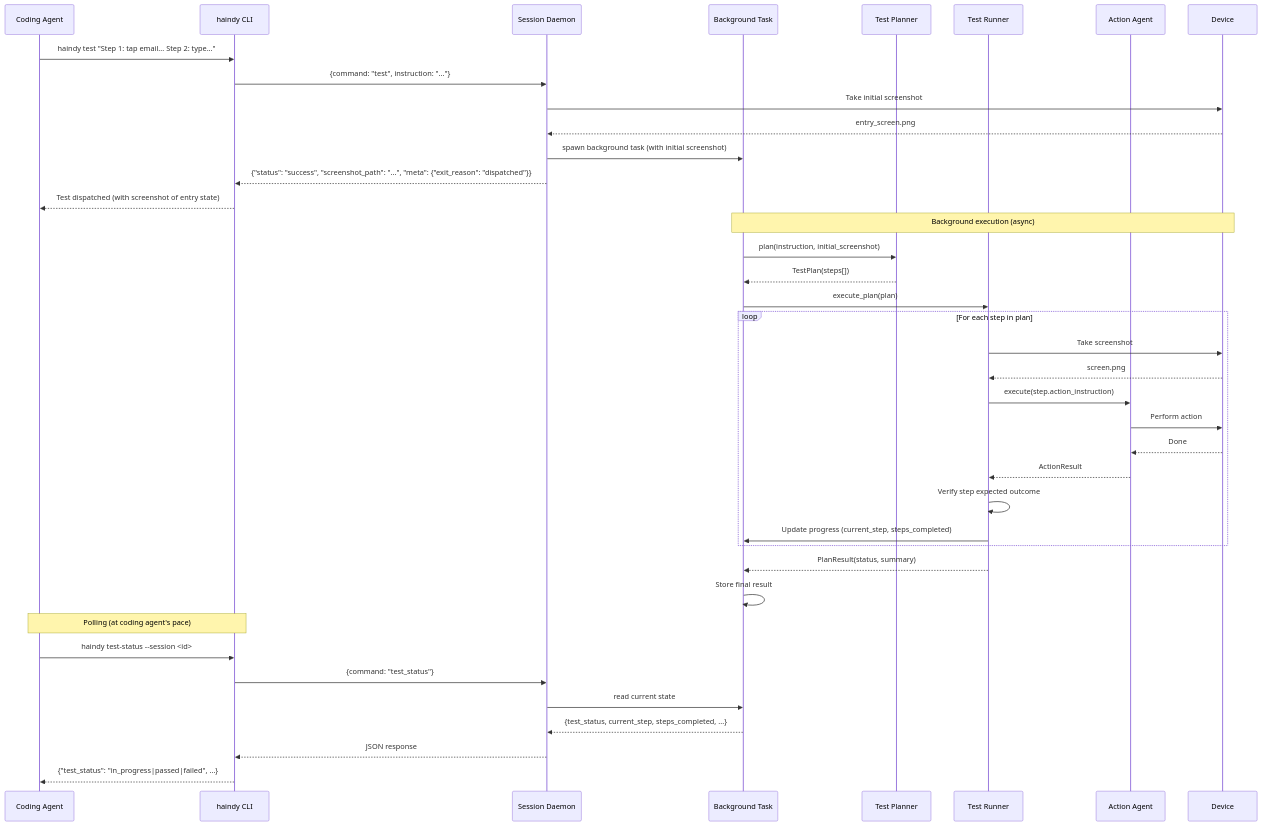
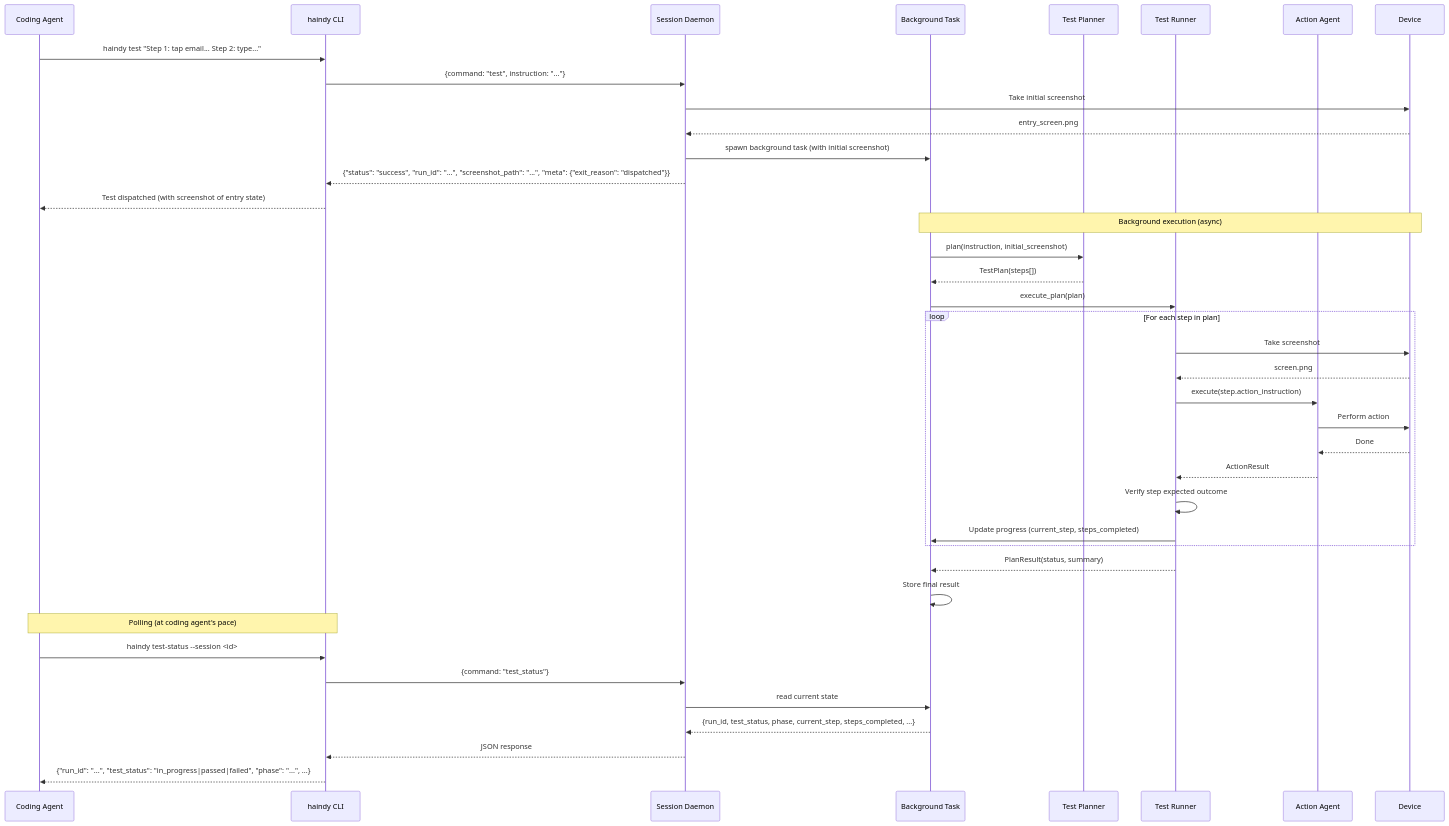
The fourth of 5 diagrams in docs/design/tool-call-mode/SESSION_DAEMON.md (Haindy/haindy), drawn with Mermaid before and after one commit. The commit also changed other lines of this file and 55 other files, not shown here.

````diff
--- a/docs/design/tool-call-mode/SESSION_DAEMON.md
+++ b/docs/design/tool-call-mode/SESSION_DAEMON.md
@@ -114,46 +114,46 @@
 ```mermaid
 sequenceDiagram
     participant CA as Coding Agent
     participant CLI as haindy CLI
     participant D as Session Daemon
     participant BG as Background Task
     participant TP as Test Planner
     participant TR as Test Runner
     participant AA as Action Agent
     participant DEV as Device
 
     CA->>CLI: haindy test "Step 1: tap email... Step 2: type..."
     CLI->>D: {command: "test", instruction: "..."}
     D->>DEV: Take initial screenshot
     DEV-->>D: entry_screen.png
     D->>BG: spawn background task (with initial screenshot)
-    D-->>CLI: {"status": "success", "screenshot_path": "...", "meta": {"exit_reason": "dispatched"}}
+    D-->>CLI: {"status": "success", "run_id": "...", "screenshot_path": "...", "meta": {"exit_reason": "dispatched"}}
     CLI-->>CA: Test dispatched (with screenshot of entry state)
 
     Note over BG,DEV: Background execution (async)
     BG->>TP: plan(instruction, initial_screenshot)
     TP-->>BG: TestPlan(steps[])
     BG->>TR: execute_plan(plan)
 
     loop For each step in plan
         TR->>DEV: Take screenshot
         DEV-->>TR: screen.png
         TR->>AA: execute(step.action_instruction)
         AA->>DEV: Perform action
         DEV-->>AA: Done
         AA-->>TR: ActionResult
         TR->>TR: Verify step expected outcome
         TR->>BG: Update progress (current_step, steps_completed)
     end
 
     TR-->>BG: PlanResult(status, summary)
     BG->>BG: Store final result
 
     Note over CA,CLI: Polling (at coding agent's pace)
     CA->>CLI: haindy test-status --session <id>
     CLI->>D: {command: "test_status"}
     D->>BG: read current state
-    BG-->>D: {test_status, current_step, steps_completed, ...}
+    BG-->>D: {run_id, test_status, phase, current_step, steps_completed, ...}
     D-->>CLI: JSON response
-    CLI-->>CA: {"test_status": "in_progress|passed|failed", ...}
+    CLI-->>CA: {"run_id": "...", "test_status": "in_progress|passed|failed", "phase": "...", ...}
 ```
````
